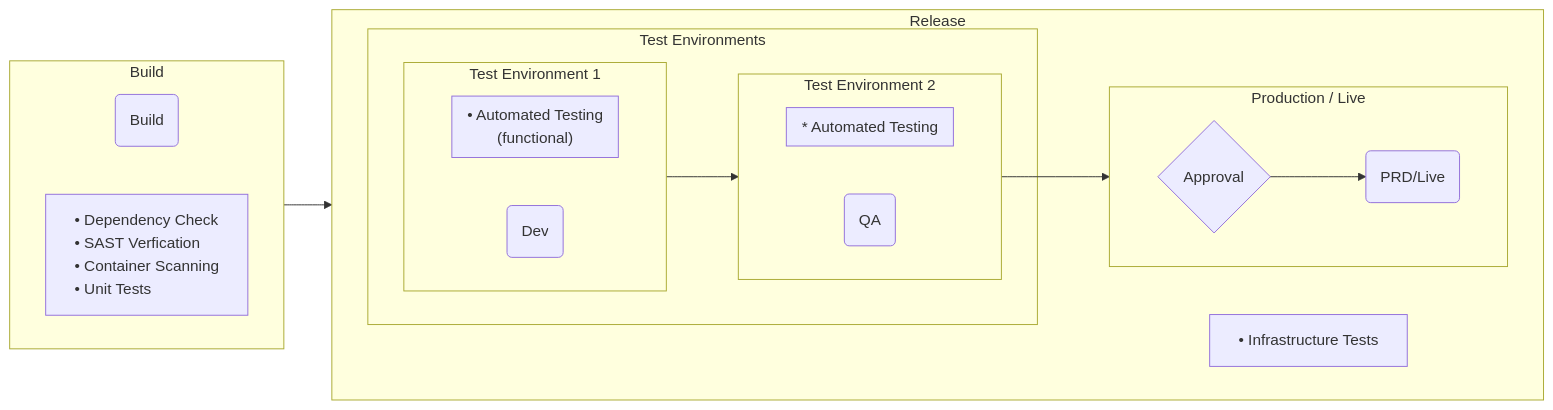
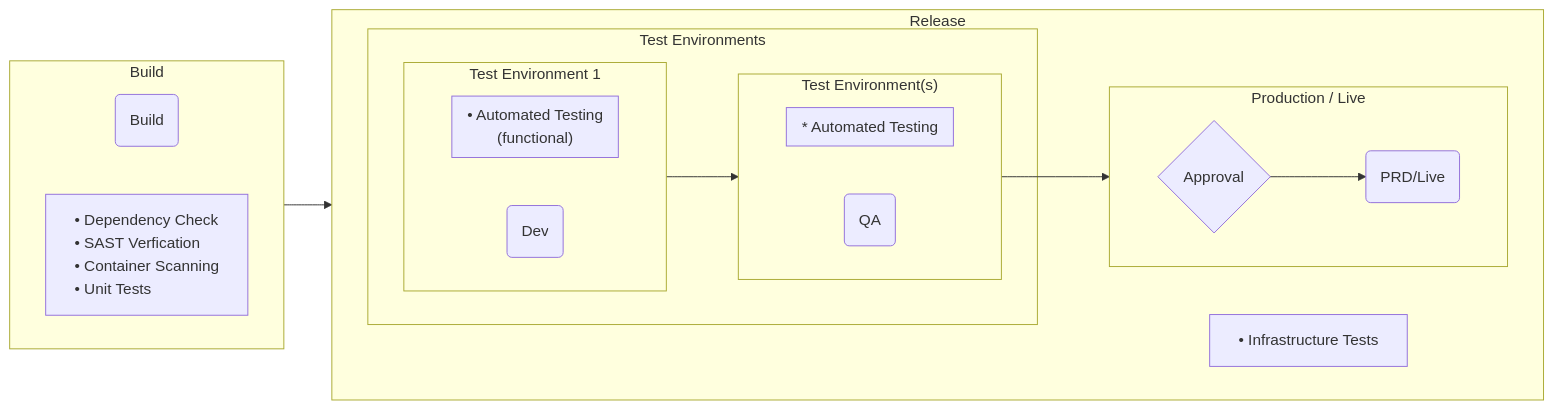
Before and after one commit to UKHO/docs: the diagram in software-engineering-policies/Pipelines/Baseline_Policy.md, drawn with Mermaid.

````diff
--- a/software-engineering-policies/Pipelines/Baseline_Policy.md
+++ b/software-engineering-policies/Pipelines/Baseline_Policy.md
@@ -15,45 +15,45 @@
 ```mermaid
 flowchart LR
     buildNode(Build)
     testEnv1Node(Dev)
     testEnvnNode(QA)
     approvalNode{Approval}
     prdNode(PRD/Live)
     infrastructureTestsNode[" #bull; Infrastructure Tests"]
     style infrastructureTestsNode align: left
     buildChecks[" #bull; Dependency Check\n #bull; SAST Verfication\n #bull; Container Scanning\n #bull; Unit Tests"]
     style buildChecks text-align:left; 
     subgraph sgBuild[Build]
     direction LR
         buildNode
         buildChecks
     end
 
   subgraph sgRelease[Release]
     direction LR
     subgraph sgPreProd[Test Environments\n\n]
         subgraph sgDev[Test Environment 1]
             direction LR
             testEnv1Node
             subgraph sgDevChecks[" #bull; Automated Testing </br>(functional)"]
             end 
         end
-    subgraph sgQa[Test Environment 2]
+    subgraph sgQa["Test Environment(s)"]
         direction LR
         testEnvnNode
         subgraph sgQaChecks[" * Automated Testing"]
         end 
     end
     end
     subgraph sgPrd[Production / Live]
         direction LR
         approvalNode
         prdNode
     end
     infrastructureTestsNode
   end
   buildNode --> testEnv1Node
   testEnv1Node --> testEnvnNode
   testEnvnNode --> approvalNode
   approvalNode --> prdNode
 ```
````
